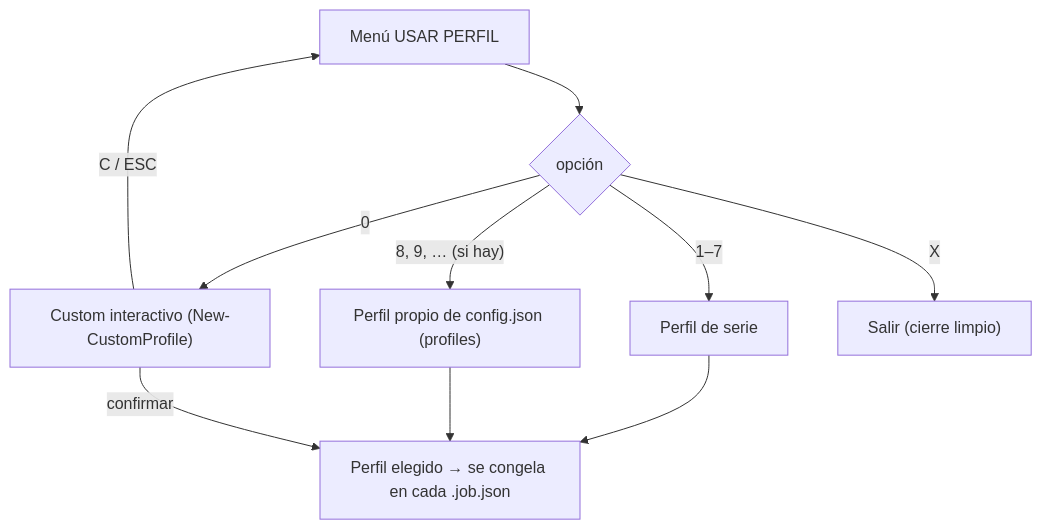
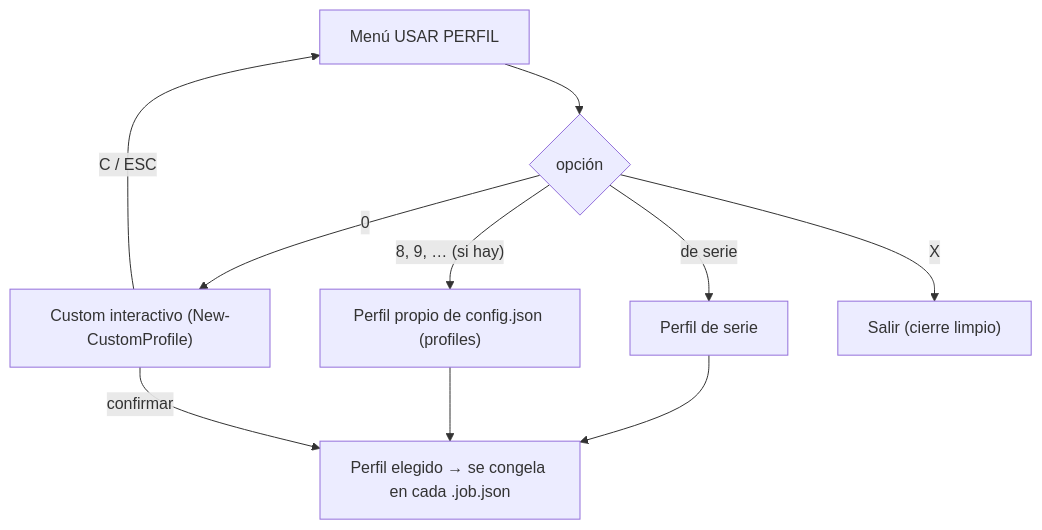
The diagram in docs/ref-perfiles.md (vsc55/ConversorVideoCMD), drawn with Mermaid before and after one commit. The commit also changed other lines of this file and 19 other files, not shown here.

````diff
--- a/docs/ref-perfiles.md
+++ b/docs/ref-perfiles.md
@@ -7,12 +7,12 @@
 ```mermaid
 flowchart TD
     M["Menú USAR PERFIL"] --> S{"opción"}
-    S -- "1–7" --> B["Perfil de serie"]
+    S -- "de serie" --> B["Perfil de serie"]
     S -- "8, 9, … (si hay)" --> C["Perfil propio de config.json (profiles)"]
     S -- "0" --> CU["Custom interactivo (New-CustomProfile)"]
     S -- "X" --> Q["Salir (cierre limpio)"]
     CU -- "C / ESC" --> M
     B --> F["Perfil elegido → se congela en cada .job.json"]
     C --> F
     CU -- "confirmar" --> F
 ```
````
